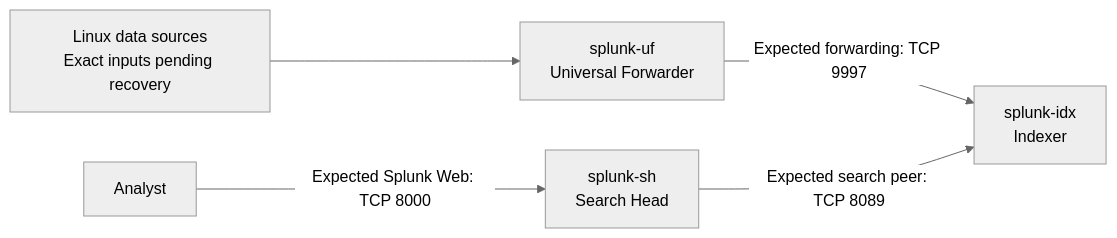
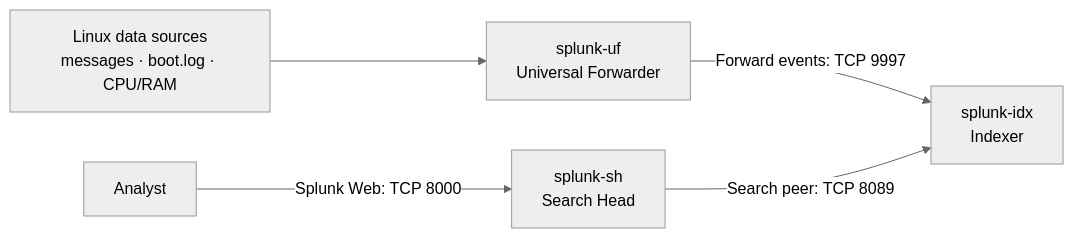
The diagram in docs/architecture.mmd (Rpravia042/splunk-distributed-lab), drawn with Mermaid (neutral theme) before and after one commit. The commit also changed 58 other files, not shown here.

```diff
--- a/docs/architecture.mmd
+++ b/docs/architecture.mmd
@@ -1,5 +1,5 @@
 flowchart LR
-    Logs["Linux data sources<br/>Exact inputs pending recovery"] --> UF["splunk-uf<br/>Universal Forwarder"]
-    UF -->|"Expected forwarding: TCP 9997"| IDX["splunk-idx<br/>Indexer"]
-    SH["splunk-sh<br/>Search Head"] -->|"Expected search peer: TCP 8089"| IDX
-    Analyst["Analyst"] -->|"Expected Splunk Web: TCP 8000"| SH
+    Logs["Linux data sources<br/>messages · boot.log · CPU/RAM"] --> UF["splunk-uf<br/>Universal Forwarder"]
+    UF -->|"Forward events: TCP 9997"| IDX["splunk-idx<br/>Indexer"]
+    SH["splunk-sh<br/>Search Head"] -->|"Search peer: TCP 8089"| IDX
+    Analyst["Analyst"] -->|"Splunk Web: TCP 8000"| SH
```
